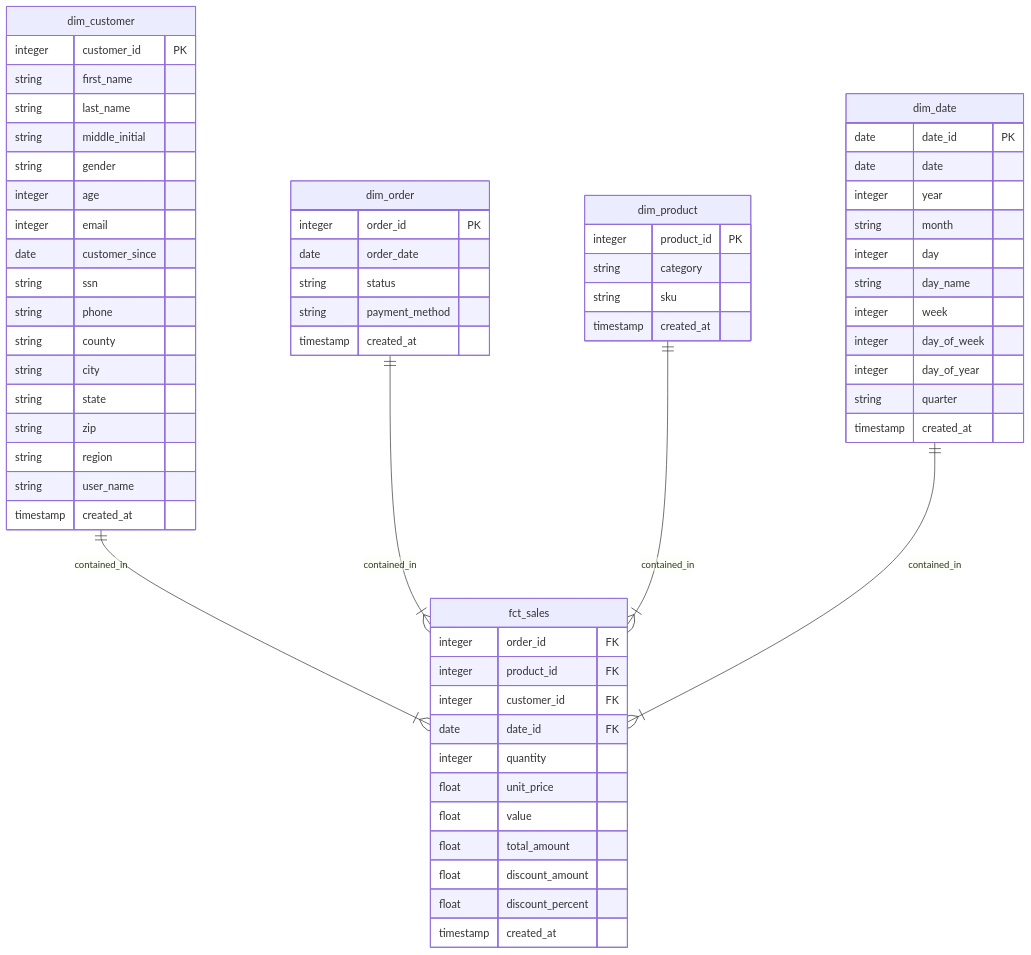
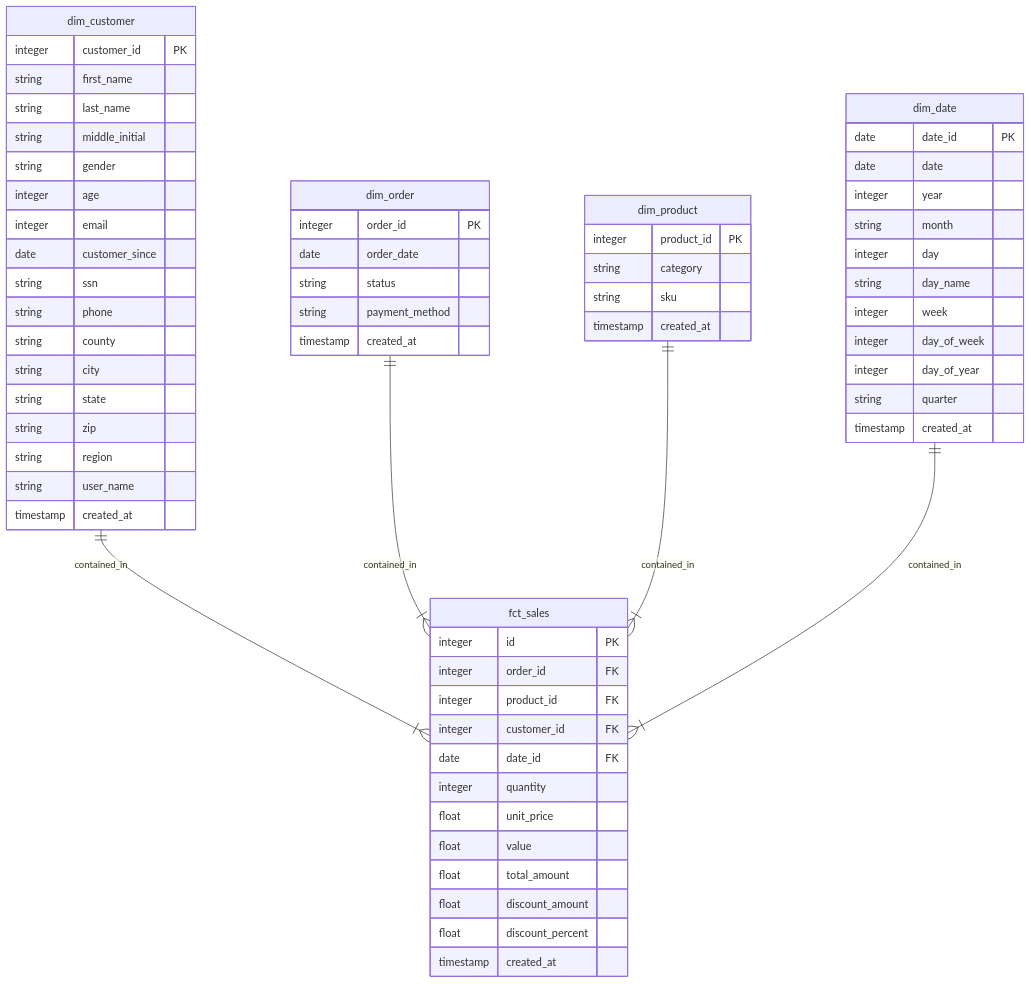
Before and after one commit to Narapady/us-sale-analytic: the diagram in data_modeling.md, drawn with Mermaid.

````diff
--- a/data_modeling.md
+++ b/data_modeling.md
@@ -4,66 +4,67 @@
 ```mermaid
 erDiagram
     dim_customer ||--|{ fct_sales: contained_in
     dim_customer {
         integer customer_id PK
         string first_name
         string last_name
         string middle_initial
         string gender
         integer age
         integer email
         date customer_since
         string ssn
         string phone
         string county
         string city
         string state
         string zip
         string region
         string user_name
         timestamp created_at
     }
     dim_order ||--|{ fct_sales: contained_in
     dim_order {
         integer order_id PK
         date order_date
         string status
         string payment_method
         timestamp created_at
     }
     dim_product ||--|{ fct_sales: contained_in
     dim_product {
         integer product_id PK
         string category
         string sku
         timestamp created_at
 
     }
     dim_date ||--|{ fct_sales: contained_in
     dim_date {
         date date_id PK
         date date
         integer year
         string month
         integer day
         string day_name
         integer week
         integer day_of_week
         integer day_of_year
         string quarter
         timestamp created_at
     }
     fct_sales {
+        integer id PK
         integer order_id FK
         integer product_id FK
         integer customer_id FK
         date date_id FK
         integer quantity
         float unit_price
         float value
         float total_amount
         float discount_amount
         float discount_percent
         timestamp created_at
     }
 ```
````
